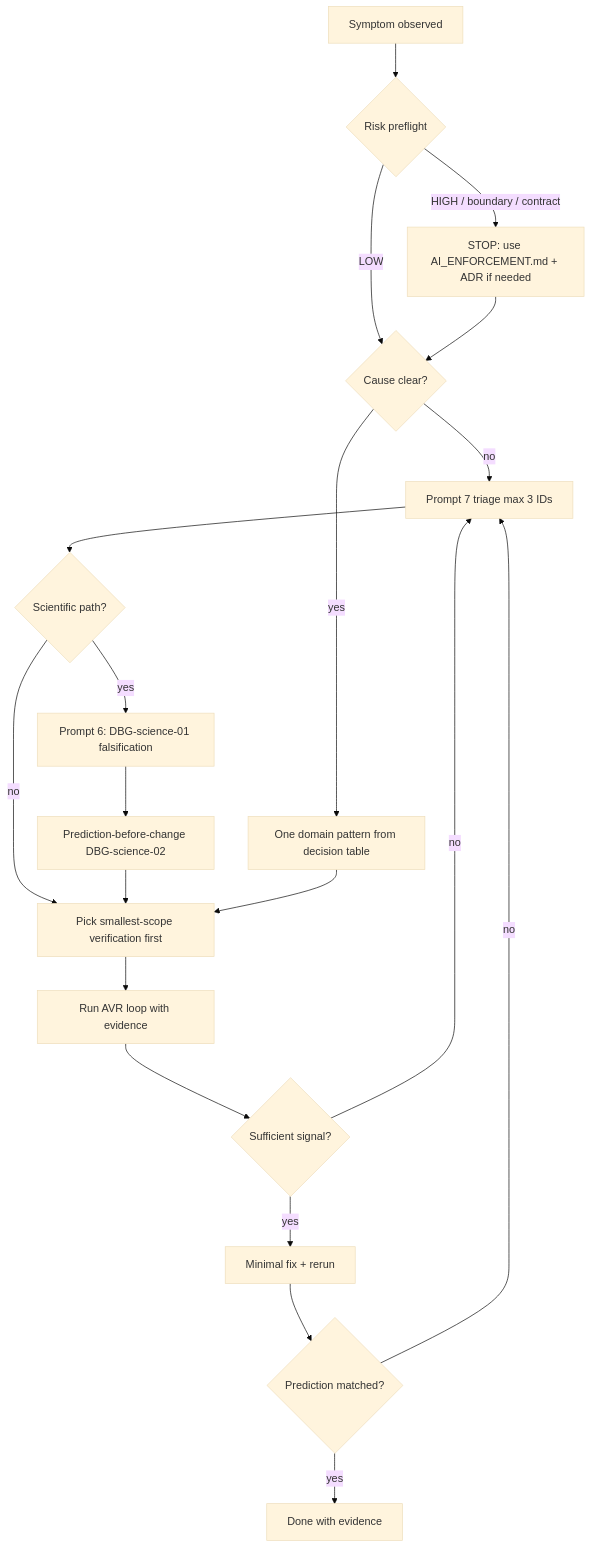
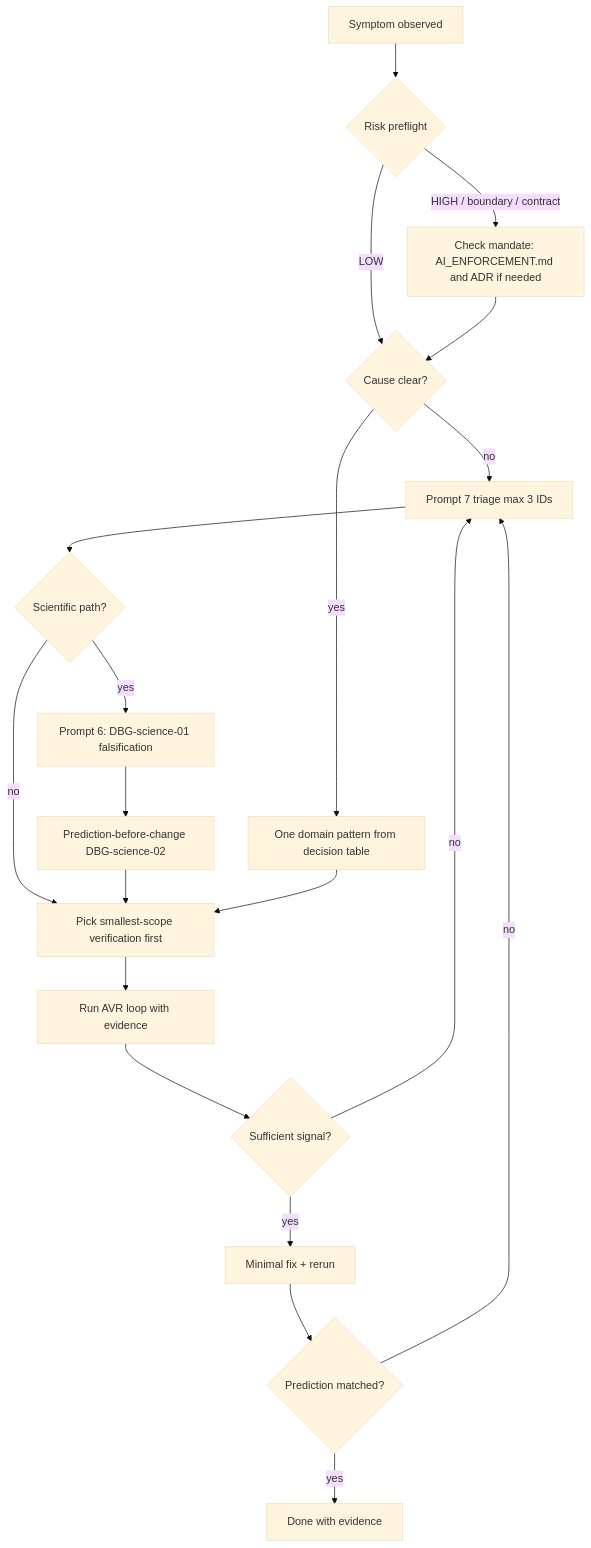
The diagram in usage/DEBUGGING_EFFECTIVENESS_CATALOG.md (rhemzal/AI_governance), drawn with Mermaid (base theme) before and after one commit. The commit also changed other lines of this file and 42 other files, not shown here.

````diff
--- a/usage/DEBUGGING_EFFECTIVENESS_CATALOG.md
+++ b/usage/DEBUGGING_EFFECTIVENESS_CATALOG.md
@@ -23,22 +23,22 @@
 ```mermaid
 flowchart TD
   A[Symptom observed] --> B{Risk preflight}
   B -->|LOW| C{Cause clear?}
-  B -->|HIGH / boundary / contract| D[STOP: use AI_ENFORCEMENT.md + ADR if needed]
+  B -->|HIGH / boundary / contract| D[Check mandate: AI_ENFORCEMENT.md and ADR if needed]
   D --> C
   C -->|no| T[Prompt 7 triage max 3 IDs]
   C -->|yes| E[One domain pattern from decision table]
   T --> E2{Scientific path?}
   E2 -->|yes| E3[Prompt 6: DBG-science-01 falsification]
   E2 -->|no| F[Pick smallest-scope verification first]
   E3 --> E4[Prediction-before-change DBG-science-02]
   E4 --> F
   E --> F
   F --> G[Run AVR loop with evidence]
   G --> H{Sufficient signal?}
   H -->|yes| I[Minimal fix + rerun]
   H -->|no| T
   I --> I2{Prediction matched?}
   I2 -->|no| T
   I2 -->|yes| Done[Done with evidence]
 ```
````
